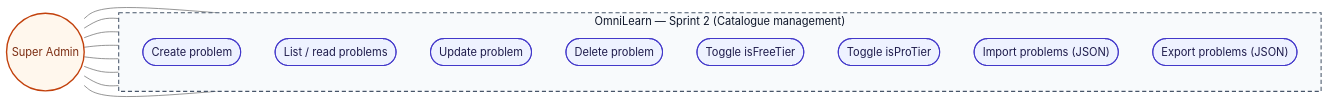
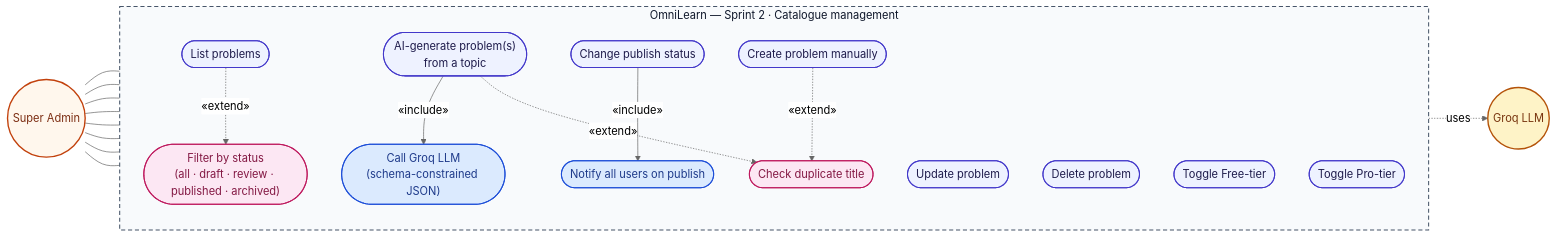
Before and after one commit to MaizaAymen/OmniLearn: the second of 9 diagrams in docs/06_chapitre4_sprint2.md, drawn with Mermaid. The commit also changed other lines of this file, not shown here.

````diff
--- a/docs/06_chapitre4_sprint2.md
+++ b/docs/06_chapitre4_sprint2.md
@@ -242,31 +244,57 @@
 ```mermaid
 %%{init: {"theme":"neutral"} }%%
 flowchart LR
   classDef actor fill:#fff7ed,stroke:#c2410c,stroke-width:2px,color:#7c2d12
+  classDef ext   fill:#fef3c7,stroke:#b45309,stroke-width:2px,color:#78350f
   classDef uc    fill:#eef2ff,stroke:#4338ca,stroke-width:1.5px,color:#1e1b4b
+  classDef inc   fill:#dbeafe,stroke:#1d4ed8,stroke-width:1.5px,color:#1e3a8a
+  classDef ex    fill:#fce7f3,stroke:#be185d,stroke-width:1.5px,color:#831843
   classDef sys   fill:#f8fafc,stroke:#475569,stroke-width:1.5px,stroke-dasharray:6 4,color:#0f172a
 
   Admin((Super Admin)):::actor
+  Groq(("Groq LLM")):::ext
 
-  subgraph S["OmniLearn — Sprint 2 (Catalogue management)"]
+  subgraph S["OmniLearn — Sprint 2 · Catalogue management"]
     direction TB
-    Create(["Create problem"]):::uc
-    Read(["List / read problems"]):::uc
+
+    Browse(["List problems"]):::uc
+    Filter(["Filter by status<br/>(all · draft · review · published · archived)"]):::ex
+    Dup(["Check duplicate title"]):::ex
+
+    Create(["Create problem manually"]):::uc
+    AIGen(["AI-generate problem(s)<br/>from a topic"]):::uc
+    LLM(["Call Groq LLM<br/>(schema-constrained JSON)"]):::inc
+
     Update(["Update problem"]):::uc
     Delete(["Delete problem"]):::uc
-    Free(["Toggle isFreeTier"]):::uc
-    Pro(["Toggle isProTier"]):::uc
-    Imp(["Import problems (JSON)"]):::uc
-    Exp(["Export problems (JSON)"]):::uc
+
+    Pub(["Change publish status"]):::uc
+    Notify(["Notify all users on publish"]):::inc
+
+    Free(["Toggle Free-tier"]):::uc
+    Pro(["Toggle Pro-tier"]):::uc
   end
   class S sys
 
+  %% ── Actor associations ─────────────────────
+  Admin --- Browse
   Admin --- Create
-  Admin --- Read
+  Admin --- AIGen
   Admin --- Update
   Admin --- Delete
+  Admin --- Pub
   Admin --- Free
   Admin --- Pro
-  Admin --- Imp
-  Admin --- Exp
+
+  %% ── «include» ──────────────────────────────
+  AIGen -- "«include»" --> LLM
+  Pub   -- "«include»" --> Notify
+
+  %% ── «extend» ───────────────────────────────
+  Browse -. "«extend»" .-> Filter
+  Create -. "«extend»" .-> Dup
+  AIGen  -. "«extend»" .-> Dup
+
+  %% ── External actor ────────────────────────
+  LLM    -. uses .-> Groq
 ```
````
